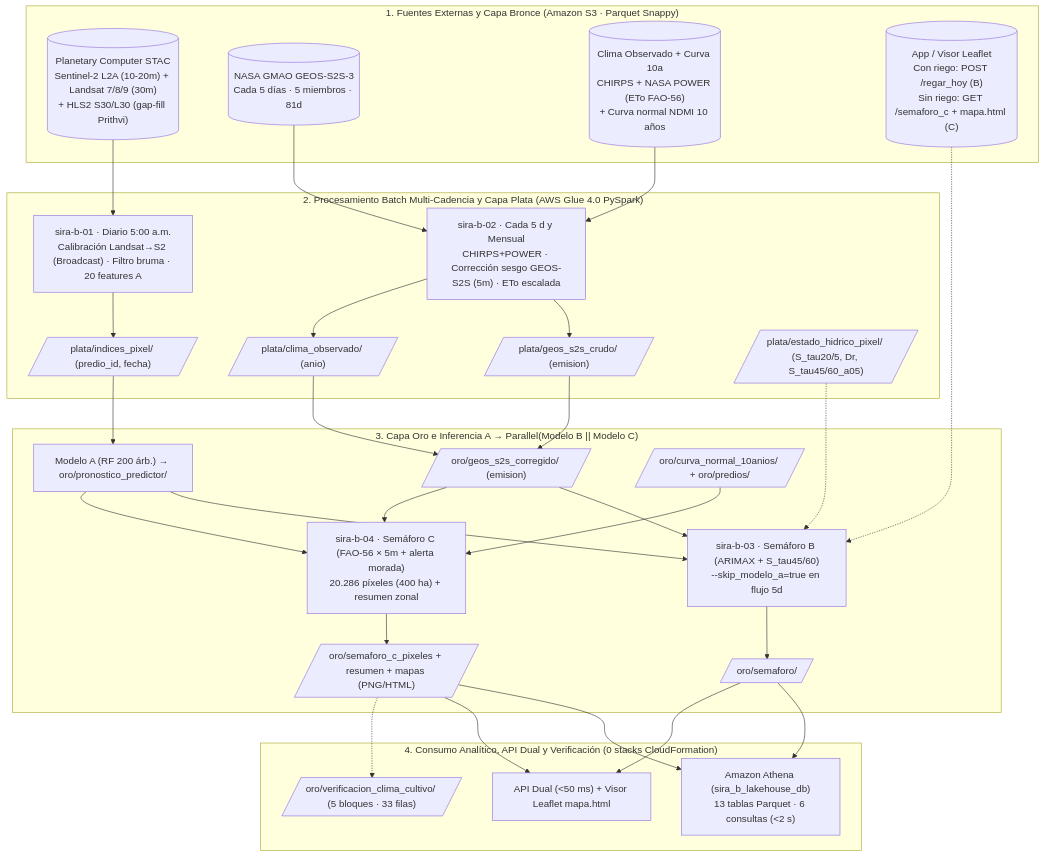
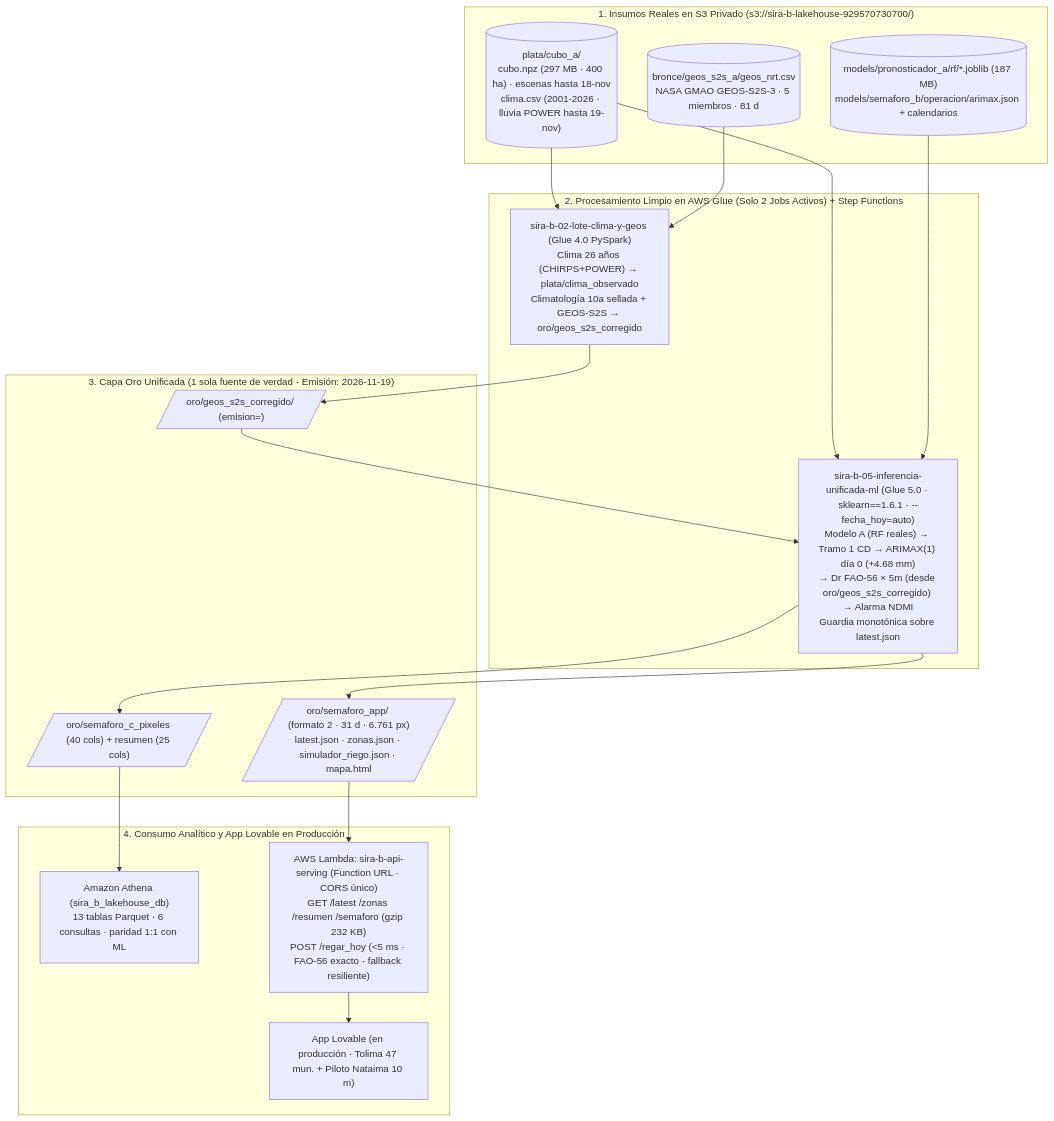
The diagram in README.md (GomSal/SIRA), drawn with Mermaid before and after one commit. The commit also changed other lines of this file and 7 other files, not shown here.

Commit message:
docs(main): Actualizar arquitectura integrada (ML 876be25 + Big Data limpio 2 Glue Jobs + Lambda Lovable, emision 2026-11-19)

````diff
--- a/README.md
+++ b/README.md
@@ -61,48 +60,33 @@
 ```mermaid
 flowchart TB
-  subgraph SRC["1. Fuentes Externas y Capa Bronce (Amazon S3 · Parquet Snappy)"]
-    SAT[("Planetary Computer STAC<br/>Sentinel-2 L2A (10-20m) + Landsat 7/8/9 (30m)<br/>+ HLS2 S30/L30 (gap-fill Prithvi)")]
-    GEOS[("NASA GMAO GEOS-S2S-3<br/>Cada 5 días · 5 miembros · 81d")]
-    OBS[("Clima Observado + Curva 10a<br/>CHIRPS + NASA POWER (ETo FAO-56)<br/>+ Curva normal NDMI 10 años")]
-    APP[("App / Visor Leaflet<br/>Con riego: POST /regar_hoy (B)<br/>Sin riego: GET /semaforo_c + mapa.html (C)")]
+  subgraph SRC["1. Insumos Reales en S3 Privado (s3://sira-b-lakehouse-929570730700/)"]
+    CUBO[("plata/cubo_a/<br/>cubo.npz (297 MB · 400 ha) · escenas hasta 18-nov<br/>clima.csv (2001-2026 · lluvia POWER hasta 19-nov)")]
+    GEOS[("bronce/geos_s2s_a/geos_nrt.csv<br/>NASA GMAO GEOS-S2S-3 · 5 miembros · 81 d")]
+    MODS[("models/pronosticador_a/rf/*.joblib (187 MB)<br/>models/semaforo_b/operacion/arimax.json + calendarios")]
   end
 
-  subgraph SILVER["2. Procesamiento Batch Multi-Cadencia y Capa Plata (AWS Glue 4.0 PySpark)"]
-    J1["sira-b-01 · Diario 5:00 a.m.<br/>Calibración Landsat→S2 (Broadcast) · Filtro bruma · 20 features A"]
-    J2["sira-b-02 · Cada 5 d y Mensual<br/>CHIRPS+POWER · Corrección sesgo GEOS-S2S (5m) · ETo escalada"]
-    P_IDX[/"plata/indices_pixel/ (predio_id, fecha)"/]
-    P_GEO[/"plata/geos_s2s_crudo/ (emision)"/]
-    P_CLI[/"plata/clima_observado/ (anio)"/]
-    P_EST[/"plata/estado_hidrico_pixel/ (S_tau20/5, Dr, S_tau45/60_a05)"/]
+  subgraph GLUE["2. Procesamiento Limpio en AWS Glue (Solo 2 Jobs Activos) + Step Functions"]
+    J2["sira-b-02-lote-clima-y-geos (Glue 4.0 PySpark)<br/>Clima 26 años (CHIRPS+POWER) → plata/clima_observado<br/>Climatología 10a sellada + GEOS-S2S → oro/geos_s2s_corregido"]
+    J5["sira-b-05-inferencia-unificada-ml (Glue 5.0 · sklearn==1.6.1 · --fecha_hoy=auto)<br/>Modelo A (RF reales) → Tramo 1 CD → ARIMAX(1) día 0 (+4.68 mm)<br/>→ Dr FAO-56 × 5m (desde oro/geos_s2s_corregido) → Alarma NDMI<br/>Guardia monotónica sobre latest.json"]
   end
 
-  subgraph GOLD["3. Capa Oro e Inferencia A → Parallel(Modelo B || Modelo C)"]
-    MA["Modelo A (RF 200 árb.) → oro/pronostico_predictor/"]
-    O_GEOS[/"oro/geos_s2s_corregido/ (emision)"/]
-    O_CURV[/"oro/curva_normal_10anios/ + oro/predios/"/]
-    J3["sira-b-03 · Semáforo B (ARIMAX + S_tau45/60)<br/>--skip_modelo_a=true en flujo 5d"]
-    J4["sira-b-04 · Semáforo C (FAO-56 × 5m + alerta morada)<br/>20.286 píxeles (400 ha) + resumen zonal"]
-    O_B[/"oro/semaforo/"/]
-    O_C[/"oro/semaforo_c_pixeles + resumen + mapas (PNG/HTML)"/]
+  subgraph GOLD["3. Capa Oro Unificada (1 sola fuente de verdad · Emisión: 2026-11-19)"]
+    O_GEOS[/"oro/geos_s2s_corregido/ (emision=)"/]
+    O_PARQ[/"oro/semaforo_c_pixeles (40 cols) + resumen (25 cols)"/]
+    O_APP[/"oro/semaforo_app/ (formato 2 · 31 d · 6.761 px)<br/>latest.json · zonas.json · simulador_riego.json · mapa.html"/]
   end
 
-  subgraph SERVE["4. Consumo Analítico, API Dual y Verificación (0 stacks CloudFormation)"]
-    ATH["Amazon Athena (sira_b_lakehouse_db)<br/>13 tablas Parquet · 6 consultas (<2 s)"]
-    API["API Dual (<50 ms) + Visor Leaflet mapa.html"]
-    VER[/"oro/verificacion_clima_cultivo/ (5 bloques · 33 filas)"/]
+  subgraph SERVE["4. Consumo Analítico y App Lovable en Producción"]
+    ATH["Amazon Athena (sira_b_lakehouse_db)<br/>13 tablas Parquet · 6 consultas · paridad 1:1 con ML"]
+    LAM["AWS Lambda: sira-b-api-serving (Function URL · CORS único)<br/>GET /latest /zonas /resumen /semaforo (gzip 232 KB)<br/>POST /regar_hoy (<5 ms · FAO-56 exacto · fallback resiliente)"]
+    APP["App Lovable (en producción · Tolima 47 mun. + Piloto Nataima 10 m)"]
   end
 
-  SAT --> J1 --> P_IDX --> MA
-  GEOS --> J2 --> P_GEO --> O_GEOS
-  OBS --> J2 --> P_CLI --> O_GEOS
-  MA --> J3 --> O_B --> ATH
-  MA --> J4 --> O_C --> ATH
-  O_GEOS --> J3
-  O_GEOS --> J4
-  O_CURV --> J4
-  P_EST -.-> J3
-  APP -.-> J3
-  O_B --> API
-  O_C --> API
-  O_C -.-> VER
+  CUBO --> J2 --> O_GEOS
+  GEOS --> J2
+  CUBO --> J5
+  MODS --> J5
+  O_GEOS --> J5
+  J5 --> O_PARQ --> ATH
+  J5 --> O_APP --> LAM --> APP
 ```
````
